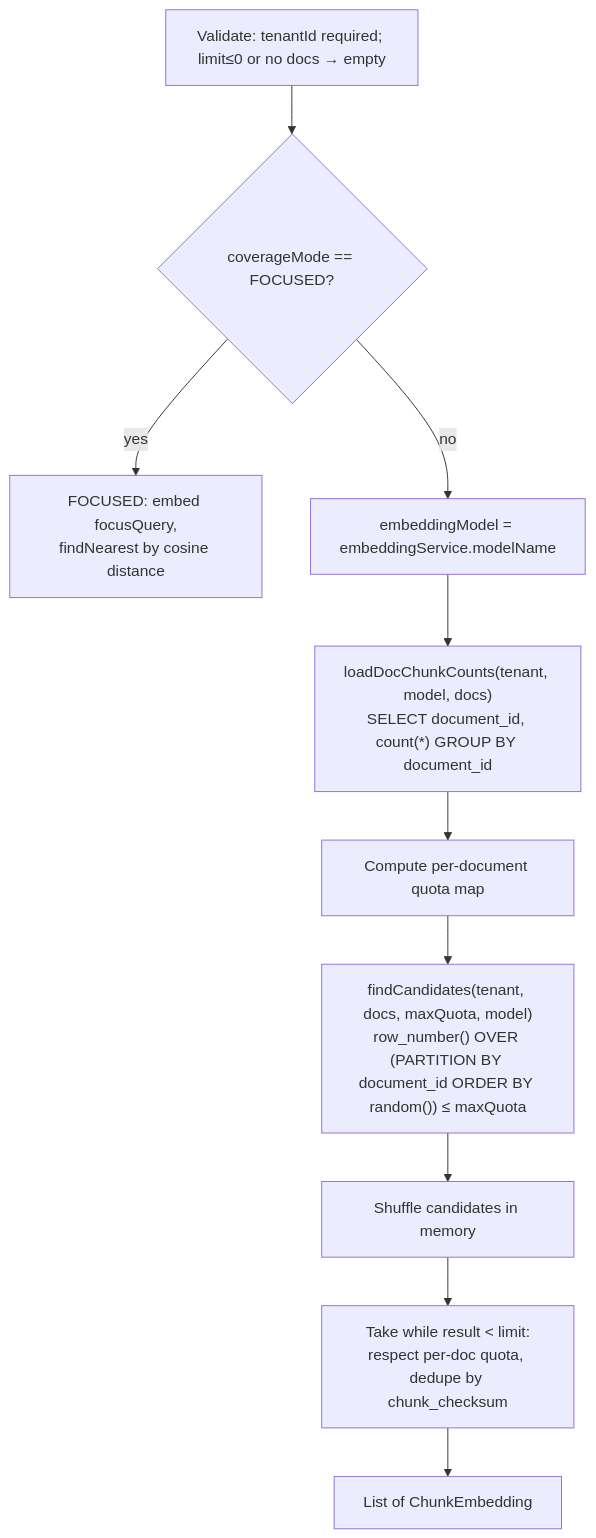
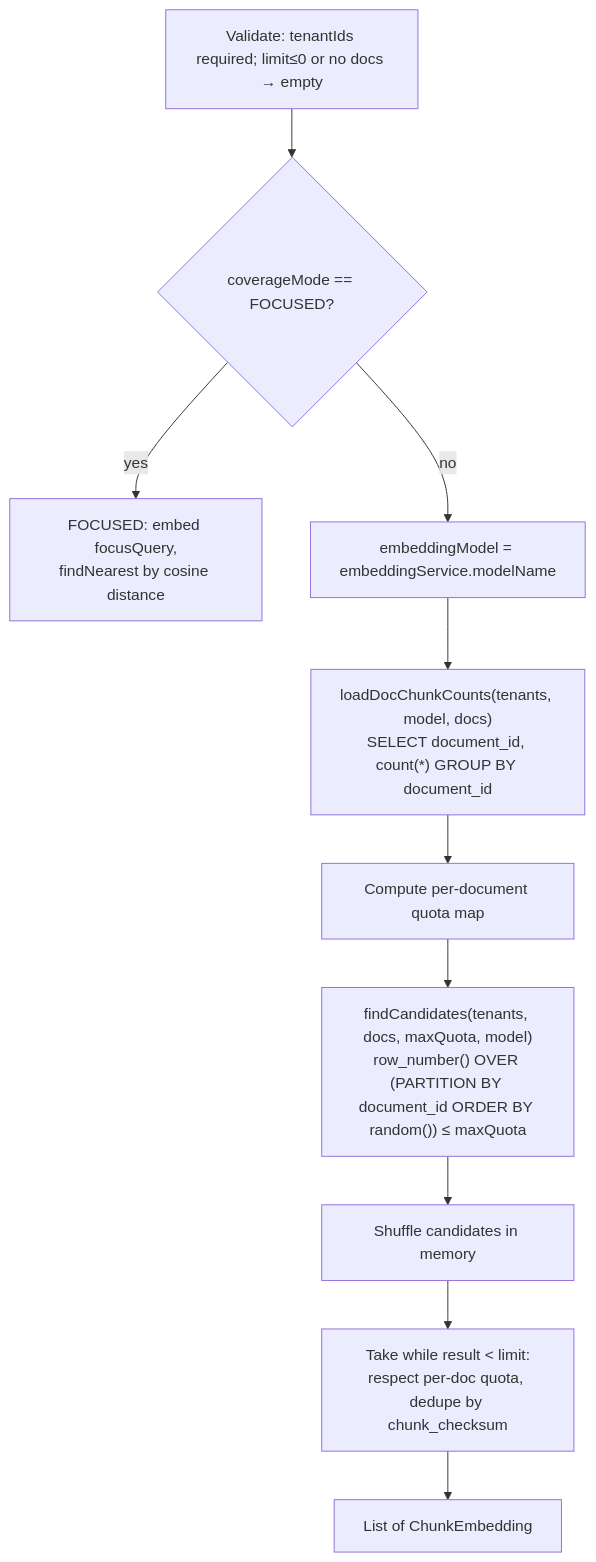
Before and after one commit to irina981/know-gauge: the diagram in docs/architecture/05-retrieval.md, drawn with Mermaid. The commit also changed other lines of this file and 11 other files, not shown here.

First line of the commit message:
docs(adr): Document sign-in, personal tenants and the shared library

````diff
--- a/docs/architecture/05-retrieval.md
+++ b/docs/architecture/05-retrieval.md
@@ -33,12 +37,12 @@
 ```mermaid
 flowchart TD
-    A[Validate: tenantId required; limit≤0 or no docs → empty] --> B{coverageMode == FOCUSED?}
+    A[Validate: tenantIds required; limit≤0 or no docs → empty] --> B{coverageMode == FOCUSED?}
     B -- yes --> X[FOCUSED: embed focusQuery,<br/>findNearest by cosine distance]
     B -- no --> C[embeddingModel = embeddingService.modelName]
-    C --> D["loadDocChunkCounts(tenant, model, docs)<br/>SELECT document_id, count(*) GROUP BY document_id"]
+    C --> D["loadDocChunkCounts(tenants, model, docs)<br/>SELECT document_id, count(*) GROUP BY document_id"]
     D --> E[Compute per-document quota map]
-    E --> F["findCandidates(tenant, docs, maxQuota, model)<br/>row_number() OVER (PARTITION BY document_id ORDER BY random()) ≤ maxQuota"]
+    E --> F["findCandidates(tenants, docs, maxQuota, model)<br/>row_number() OVER (PARTITION BY document_id ORDER BY random()) ≤ maxQuota"]
     F --> G[Shuffle candidates in memory]
     G --> H[Take while result < limit:<br/>respect per-doc quota, dedupe by chunk_checksum]
     H --> I[List of ChunkEmbedding]
 ```
````
